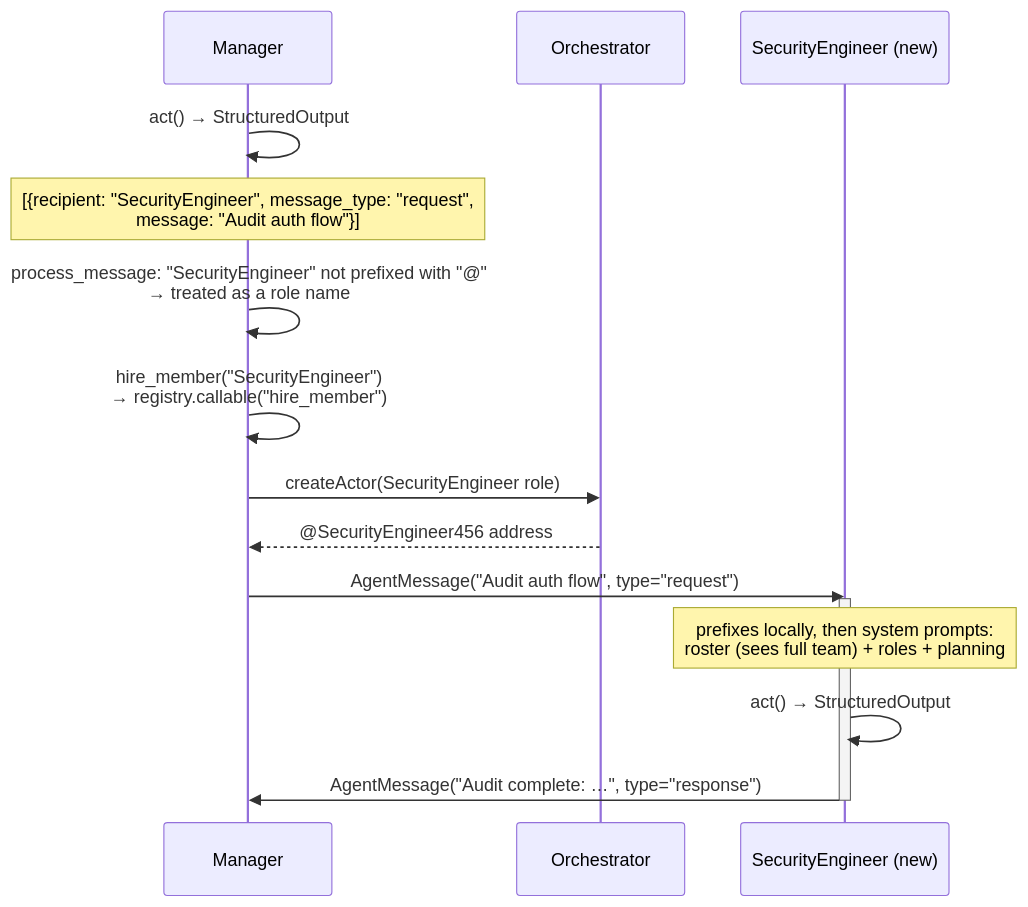
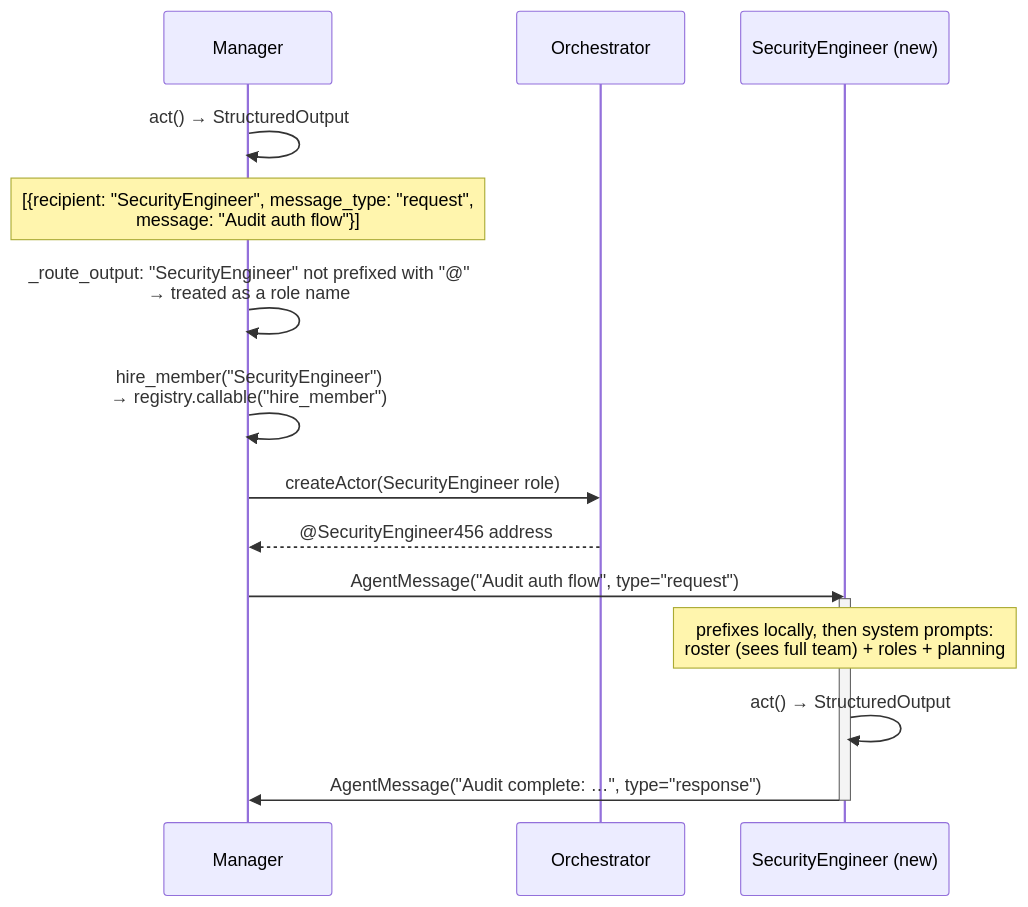
Before and after one commit to b12consulting/akgentic-agent: the fourth of 5 diagrams in docs/agent-collaboration.md, drawn with Mermaid. The commit also changed other lines of this file and 13 other files, not shown here.

````diff
--- a/docs/agent-collaboration.md
+++ b/docs/agent-collaboration.md
@@ -455,19 +459,19 @@
 ```mermaid
 sequenceDiagram
     participant Manager
     participant Orchestrator
     participant NewActor as SecurityEngineer (new)
 
     Manager->>Manager: act() → StructuredOutput
     Note over Manager: [{recipient: "SecurityEngineer", message_type: "request",<br/>message: "Audit auth flow"}]
-    Manager->>Manager: process_message: "SecurityEngineer" not prefixed with "@"<br/>→ treated as a role name
+    Manager->>Manager: _route_output: "SecurityEngineer" not prefixed with "@"<br/>→ treated as a role name
     Manager->>Manager: hire_member("SecurityEngineer")<br/>→ registry.callable("hire_member")
     Manager->>Orchestrator: createActor(SecurityEngineer role)
     Orchestrator-->>Manager: @SecurityEngineer456 address
     Manager->>NewActor: AgentMessage("Audit auth flow", type="request")
     activate NewActor
     Note over NewActor: prefixes locally, then system prompts:<br/>roster (sees full team) + roles + planning
     NewActor->>NewActor: act() → StructuredOutput
     NewActor->>Manager: AgentMessage("Audit complete: …", type="response")
     deactivate NewActor
 ```
````
